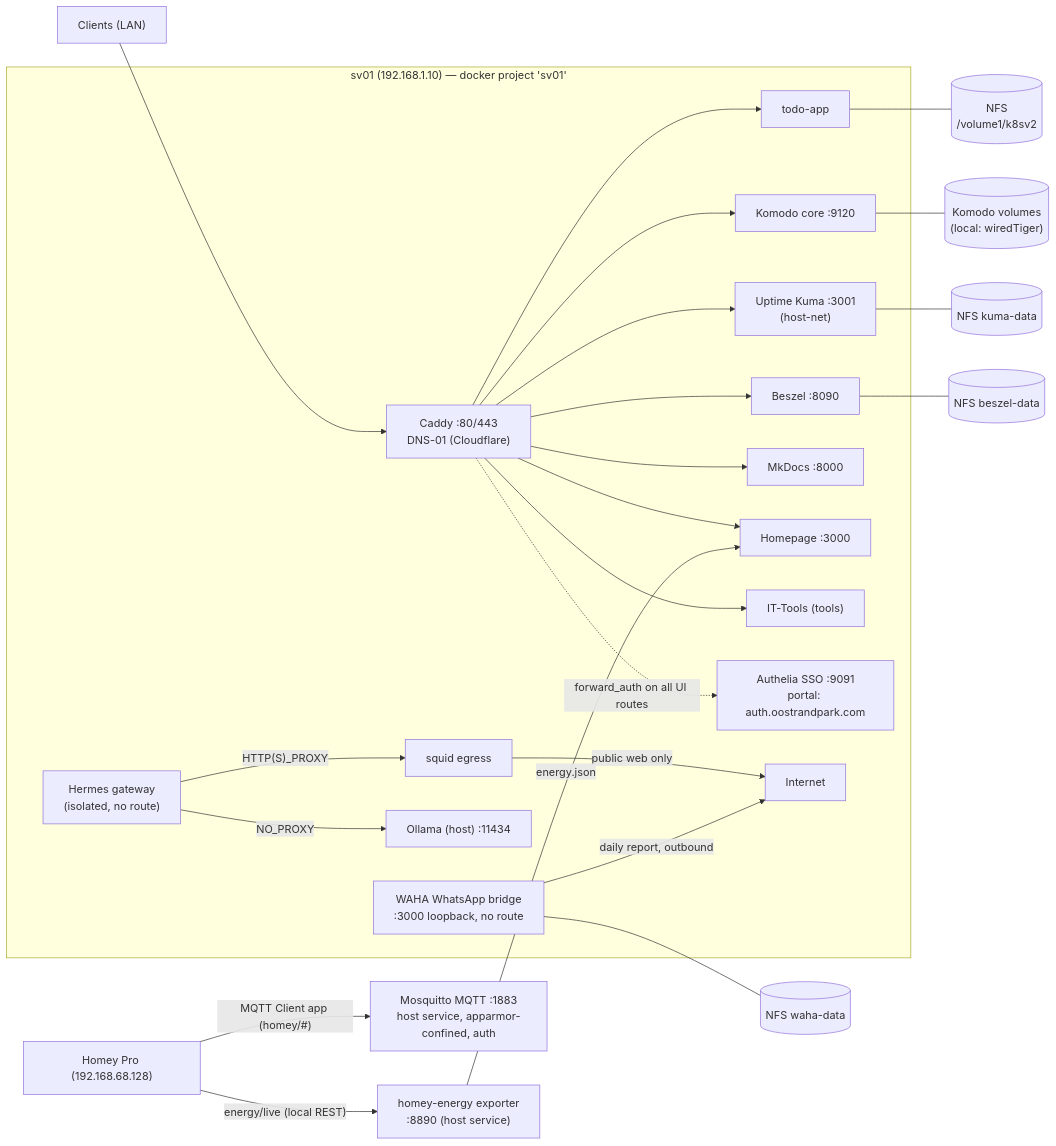
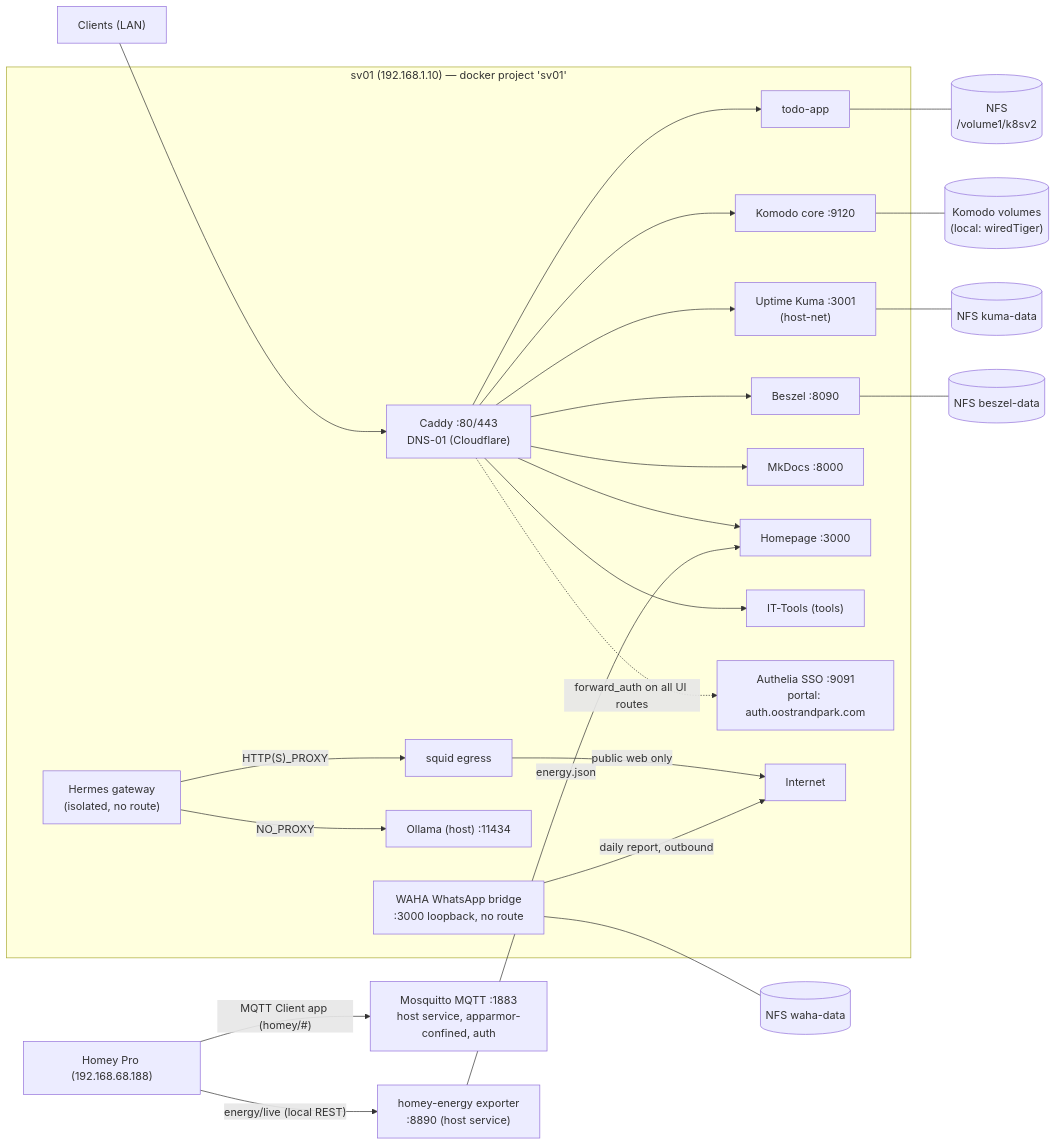
Before and after one commit to RKruit/k3s-gitops: the diagram in docs/index.md, drawn with Mermaid. The commit also changed 4 other files, not shown here.

````diff
--- a/docs/index.md
+++ b/docs/index.md
@@ -30,27 +30,27 @@
 ```mermaid
 flowchart LR
     user["Clients (LAN)"] --> caddy
     subgraph sv01["sv01 (192.168.1.10) — docker project 'sv01'"]
         caddy["Caddy :80/443<br>DNS-01 (Cloudflare)"] --> todo["todo-app"]
         caddy --> komodo["Komodo core :9120"]
         caddy --> kuma["Uptime Kuma :3001<br>(host-net)"]
         caddy --> beszel["Beszel :8090"]
         caddy --> docs_site["MkDocs :8000"]
         caddy --> homepage["Homepage :3000"]
         caddy --> ittools["IT-Tools (tools)"]
         caddy -. "forward_auth on all UI routes" .-> authelia["Authelia SSO :9091<br>portal: auth.oostrandpark.com"]
         hermes["Hermes gateway<br>(isolated, no route)"] -- "HTTP(S)_PROXY" --> squid["squid egress"]
         squid -- "public web only" --> net["Internet"]
         hermes -- "NO_PROXY" --> ollama["Ollama (host) :11434"]
         waha["WAHA WhatsApp bridge<br>:3000 loopback, no route"] -- "daily report, outbound" --> net
     end
     mosq["Mosquitto MQTT :1883<br>host service, apparmor-confined, auth"]
-    homey["Homey Pro (192.168.68.128)"] -- "MQTT Client app (homey/#)" --> mosq
+    homey["Homey Pro (192.168.68.188)"] -- "MQTT Client app (homey/#)" --> mosq
     homey -- "energy/live (local REST)" --> exp["homey-energy exporter<br>:8890 (host service)"]
     exp -- "energy.json" --> homepage
     todo --- v1[("NFS<br>/volume1/k8sv2")]
     komodo --- v2[("Komodo volumes<br>(local: wiredTiger)")]
     kuma --- v3[("NFS kuma-data")]
     beszel --- v4[("NFS beszel-data")]
     waha --- v5[("NFS waha-data")]
 ```
````
